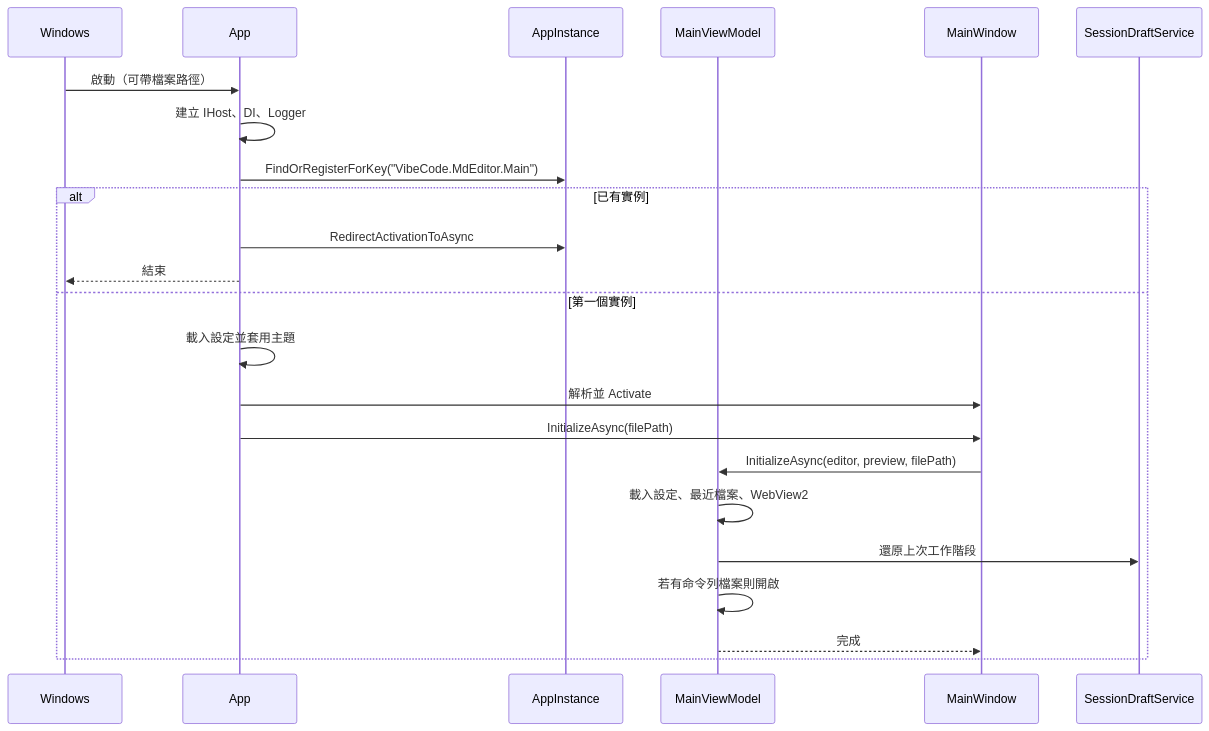
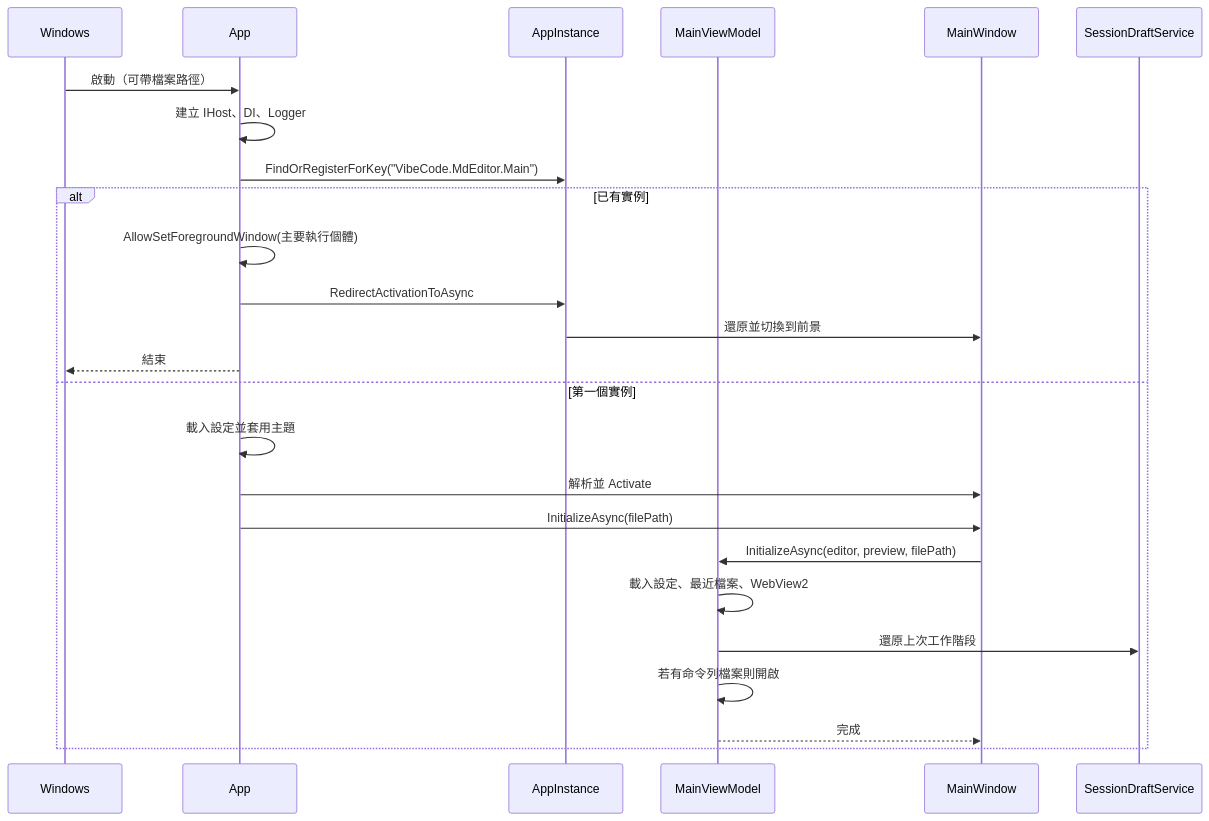
One commit to mark216tw/win-mdeditor-01 changed the second of 6 diagrams in docs/系統架構.md. Above: the diagram before and after it, drawn with Mermaid. The commit also changed other lines of this file and 81 other files, not shown here.

````diff
--- a/docs/系統架構.md
+++ b/docs/系統架構.md
@@ -88,26 +88,28 @@
 ```mermaid
 sequenceDiagram
     participant OS as Windows
     participant App as App
     participant AI as AppInstance
     participant VM as MainViewModel
     participant MW as MainWindow
     participant Draft as SessionDraftService
 
     OS->>App: 啟動（可帶檔案路徑）
     App->>App: 建立 IHost、DI、Logger
     App->>AI: FindOrRegisterForKey("VibeCode.MdEditor.Main")
     alt 已有實例
+        App->>App: AllowSetForegroundWindow(主要執行個體)
         App->>AI: RedirectActivationToAsync
+        AI->>MW: 還原並切換到前景
         App-->>OS: 結束
     else 第一個實例
         App->>App: 載入設定並套用主題
         App->>MW: 解析並 Activate
         App->>MW: InitializeAsync(filePath)
         MW->>VM: InitializeAsync(editor, preview, filePath)
         VM->>VM: 載入設定、最近檔案、WebView2
         VM->>Draft: 還原上次工作階段
         VM->>VM: 若有命令列檔案則開啟
         VM-->>MW: 完成
     end
 ```
````
